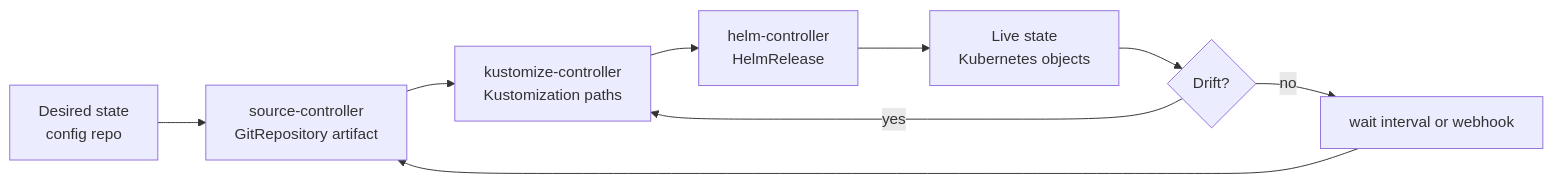
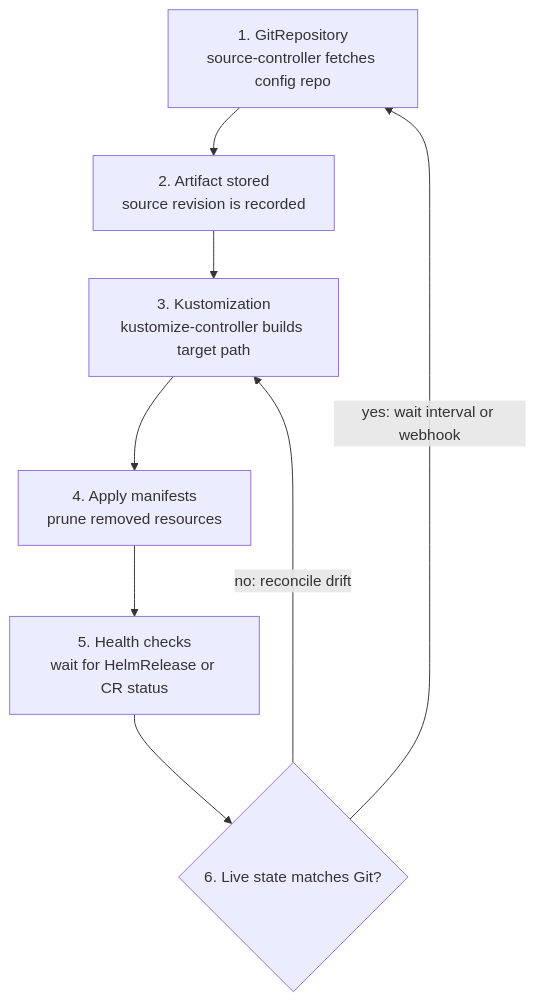
The third of 8 diagrams in docs/architecture.md (werpo78/videorank-mlops-app), drawn with Mermaid before and after one commit. The commit also changed other lines of this file, not shown here.

Commit message:
Clarify architecture diagrams

````diff
--- a/docs/architecture.md
+++ b/docs/architecture.md
@@ -67,11 +96,10 @@
 ```mermaid
-flowchart LR
-    Git["Desired state<br/>config repo"] --> Source["source-controller<br/>GitRepository artifact"]
-    Source --> Kustomize["kustomize-controller<br/>Kustomization paths"]
-    Kustomize --> Helm["helm-controller<br/>HelmRelease"]
-    Helm --> Live["Live state<br/>Kubernetes objects"]
-    Live --> Drift{"Drift?"}
-    Drift -->|yes| Kustomize
-    Drift -->|no| Sleep["wait interval or webhook"]
-    Sleep --> Source
+flowchart TD
+    A["1. GitRepository<br/>source-controller fetches config repo"] --> B["2. Artifact stored<br/>source revision is recorded"]
+    B --> C["3. Kustomization<br/>kustomize-controller builds target path"]
+    C --> D["4. Apply manifests<br/>prune removed resources"]
+    D --> E["5. Health checks<br/>wait for HelmRelease or CR status"]
+    E --> F{"6. Live state matches Git?"}
+    F -->|"yes: wait interval or webhook"| A
+    F -->|"no: reconcile drift"| C
 ```
````
